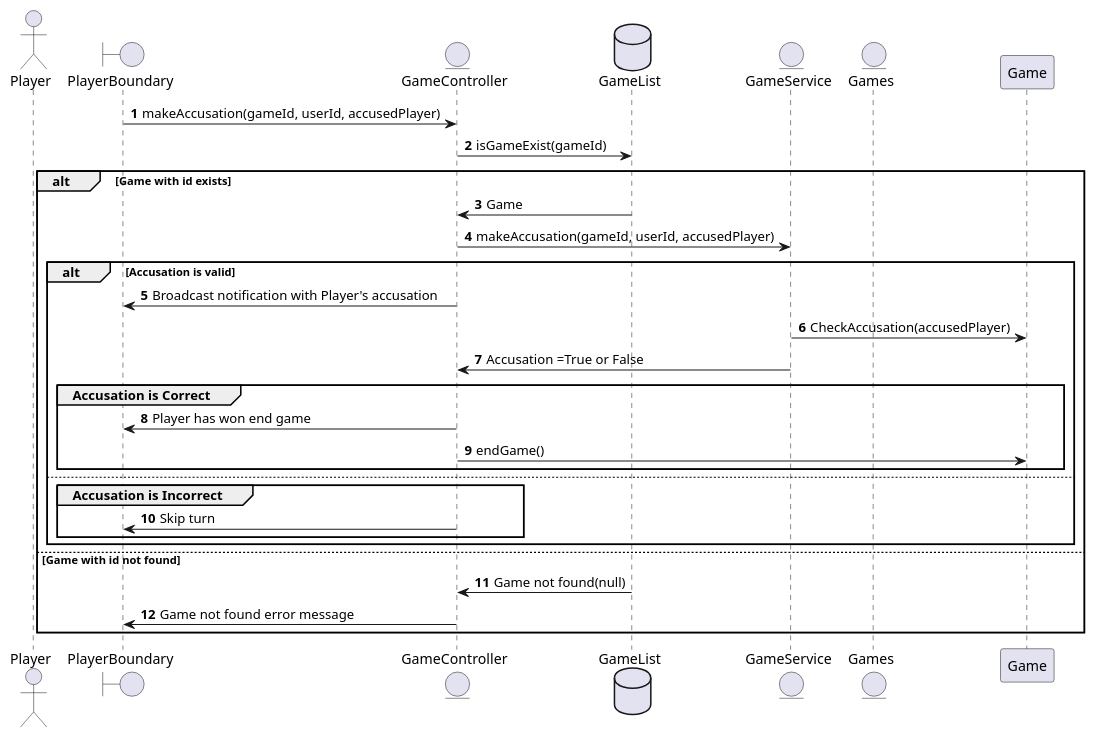
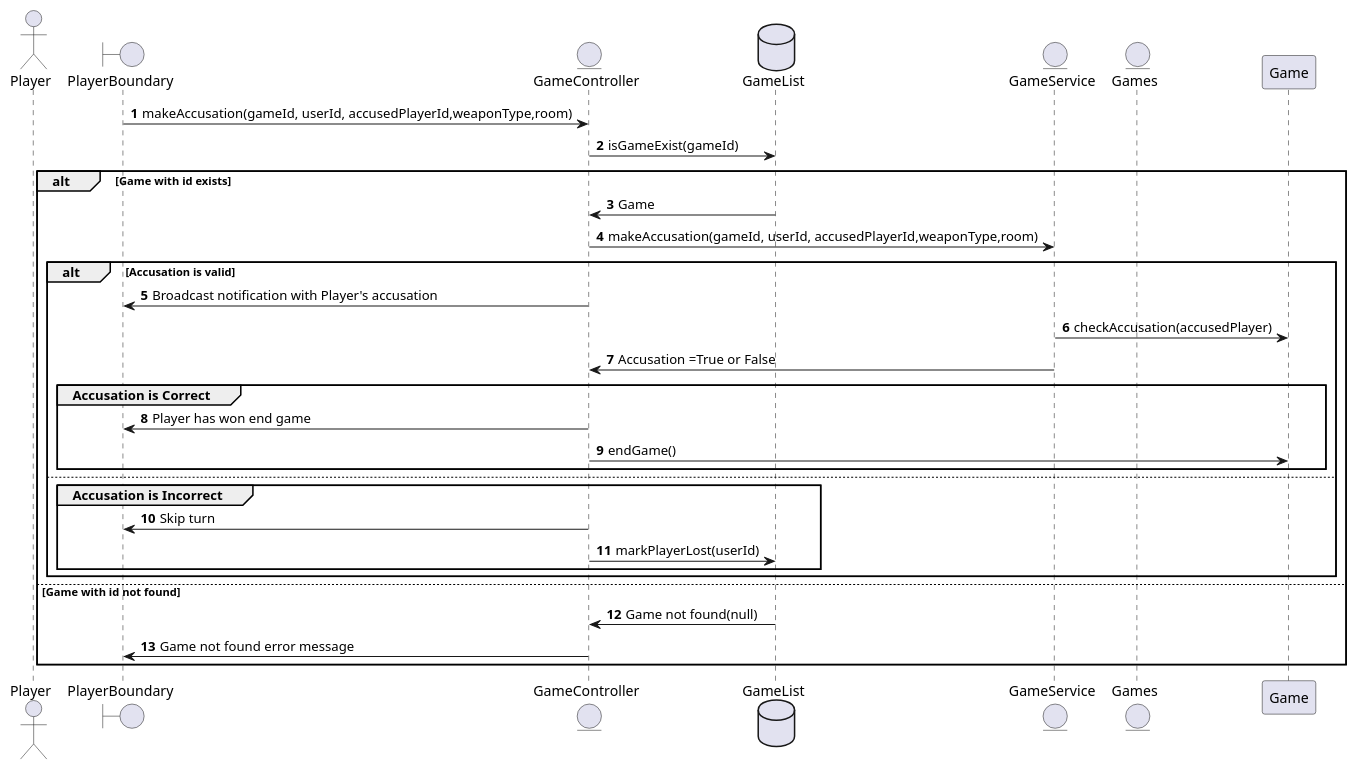
One commit to gurmsc5/Clue-Less changed the diagram in clue-less-backend/player_accusation.puml. Above: the diagram before and after it, drawn with PlantUML.

Commit message:
updated accusations uml

```diff
--- a/clue-less-backend/player_accusation.puml
+++ b/clue-less-backend/player_accusation.puml
@@ -1,35 +1,36 @@
 @startuml
 
 autonumber
 actor Player
 boundary PlayerBoundary
 entity GameController
 
-PlayerBoundary -> GameController: makeAccusation(gameId, userId, accusedPlayer)
+PlayerBoundary -> GameController: makeAccusation(gameId, userId, accusedPlayerId,weaponType,room)
 database GameList
 entity GameService
 entity Games
 GameController -> GameList: isGameExist(gameId)
 
 alt Game with id exists
     GameList -> GameController: Game
-    GameController -> GameService: makeAccusation(gameId, userId, accusedPlayer)
+    GameController -> GameService: makeAccusation(gameId, userId, accusedPlayerId,weaponType,room)
     alt Accusation is valid
         GameController -> PlayerBoundary: Broadcast notification with Player's accusation
-        GameService->Game: CheckAccusation(accusedPlayer)
+        GameService->Game: checkAccusation(accusedPlayer)
         GameService-> GameController: Accusation =True or False
         group Accusation is Correct
             GameController -> PlayerBoundary: Player has won end game
             GameController -> Game: endGame()
         end
     else
         group Accusation is Incorrect
             GameController -> PlayerBoundary: Skip turn
+            GameController->GameList: markPlayerLost(userId)
             
         end
     end
 else Game with id not found
     GameList -> GameController: Game not found(null)
     GameController -> PlayerBoundary: Game not found error message
 end
 @enduml
```
